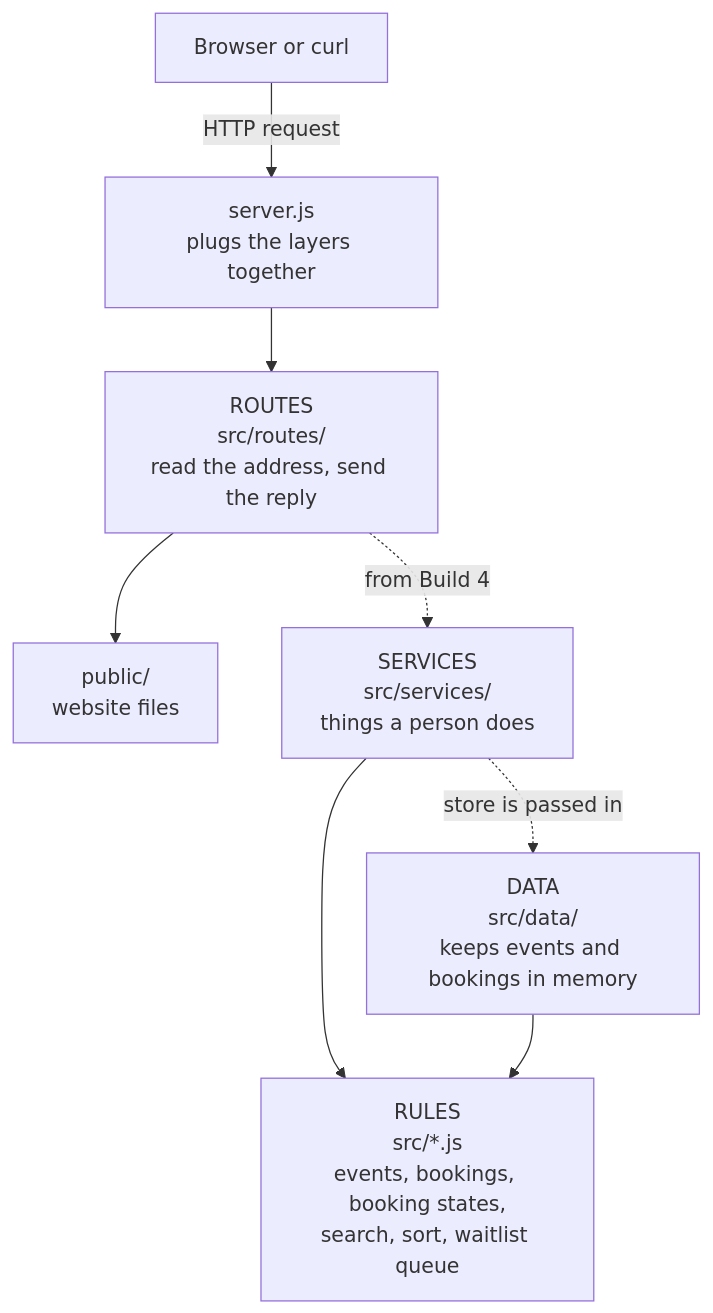
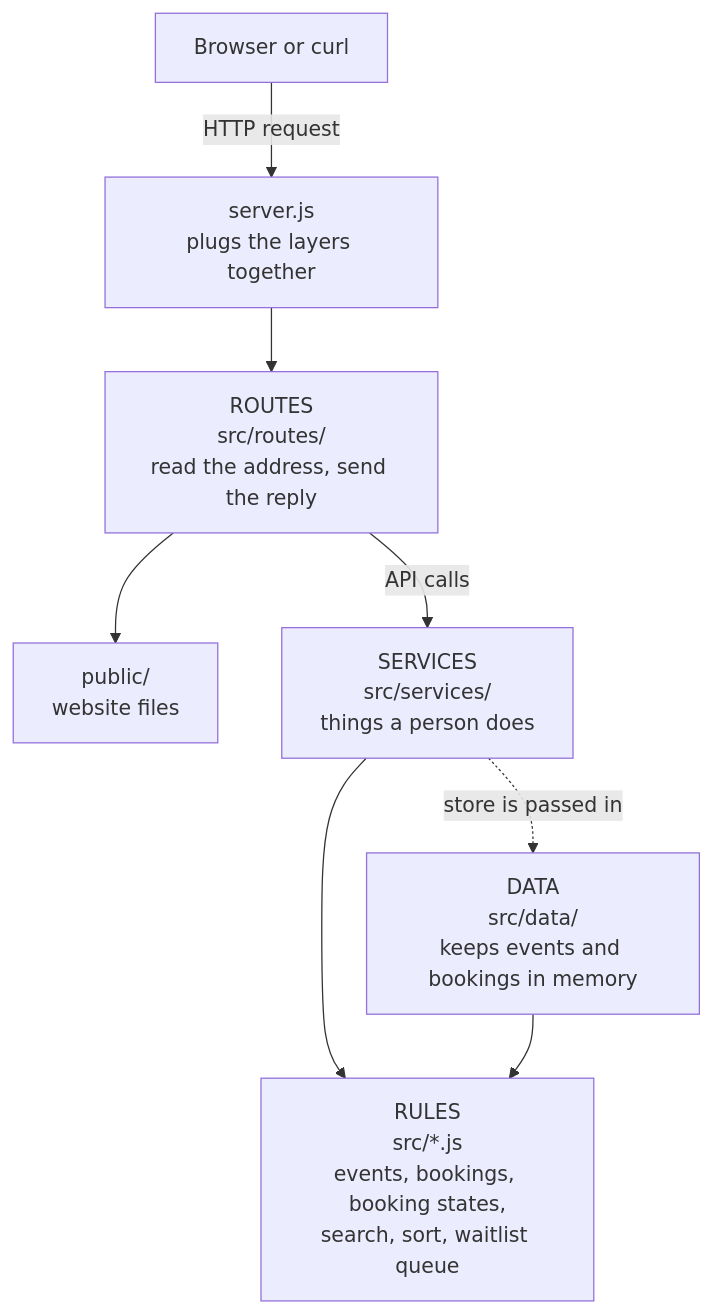
Before and after one commit to NkeG/das-2026-capstone-project: the diagram in docs/architecture.md, drawn with Mermaid. The commit also changed other lines of this file and 28 other files, not shown here.

Commit message:
Build 4: REST API in memory

````diff
--- a/docs/architecture.md
+++ b/docs/architecture.md
@@ -37,10 +37,10 @@
 ```mermaid
 flowchart TD
     Client["Browser or curl"] -->|"HTTP request"| Server["server.js<br/>plugs the layers together"]
     Server --> Routes["ROUTES<br/>src/routes/<br/>read the address, send the reply"]
     Routes --> Public["public/<br/>website files"]
-    Routes -.->|"from Build 4"| Services["SERVICES<br/>src/services/<br/>things a person does"]
+    Routes -->|"API calls"| Services["SERVICES<br/>src/services/<br/>things a person does"]
     Services --> Rules["RULES<br/>src/*.js<br/>events, bookings, booking states,<br/>search, sort, waitlist queue"]
     Services -.->|"store is passed in"| Data["DATA<br/>src/data/<br/>keeps events and bookings in memory"]
     Data --> Rules
 ```
````
